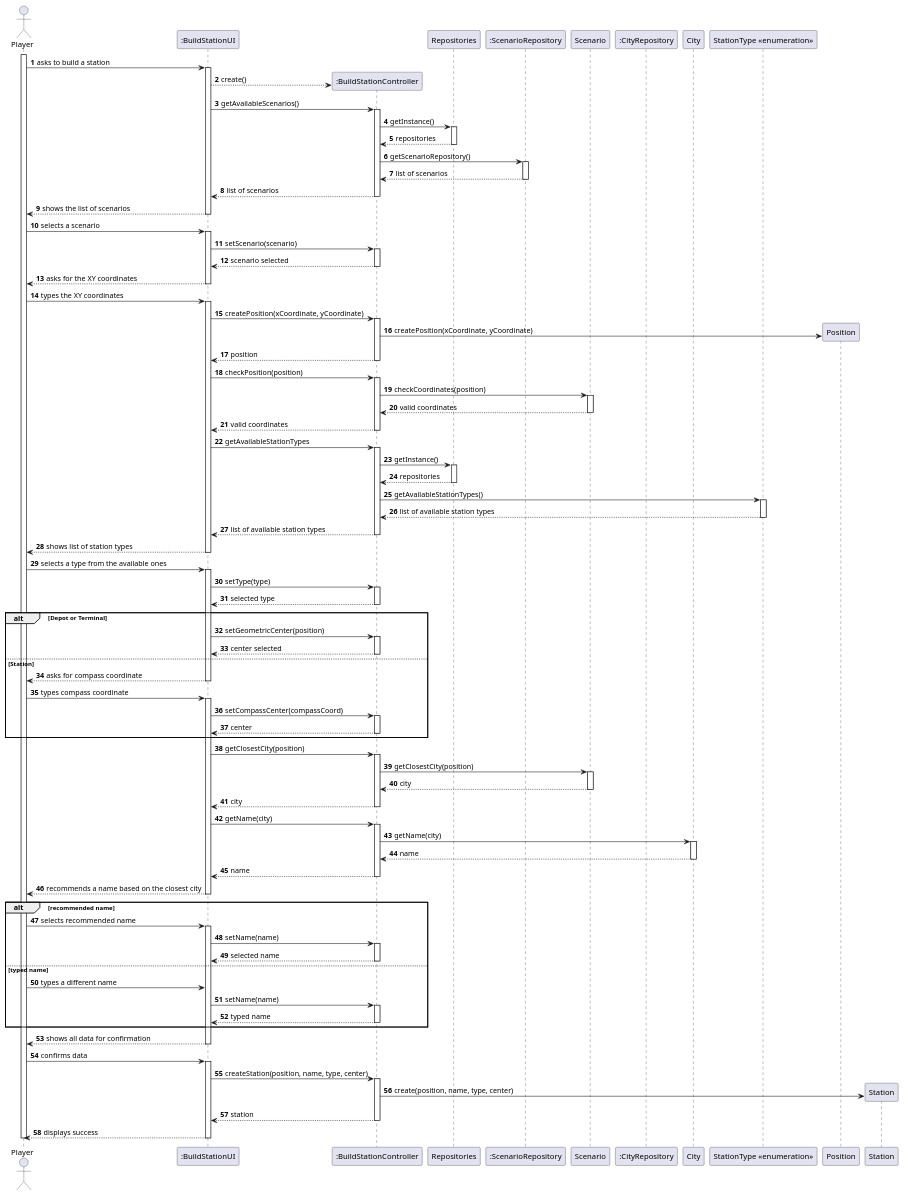
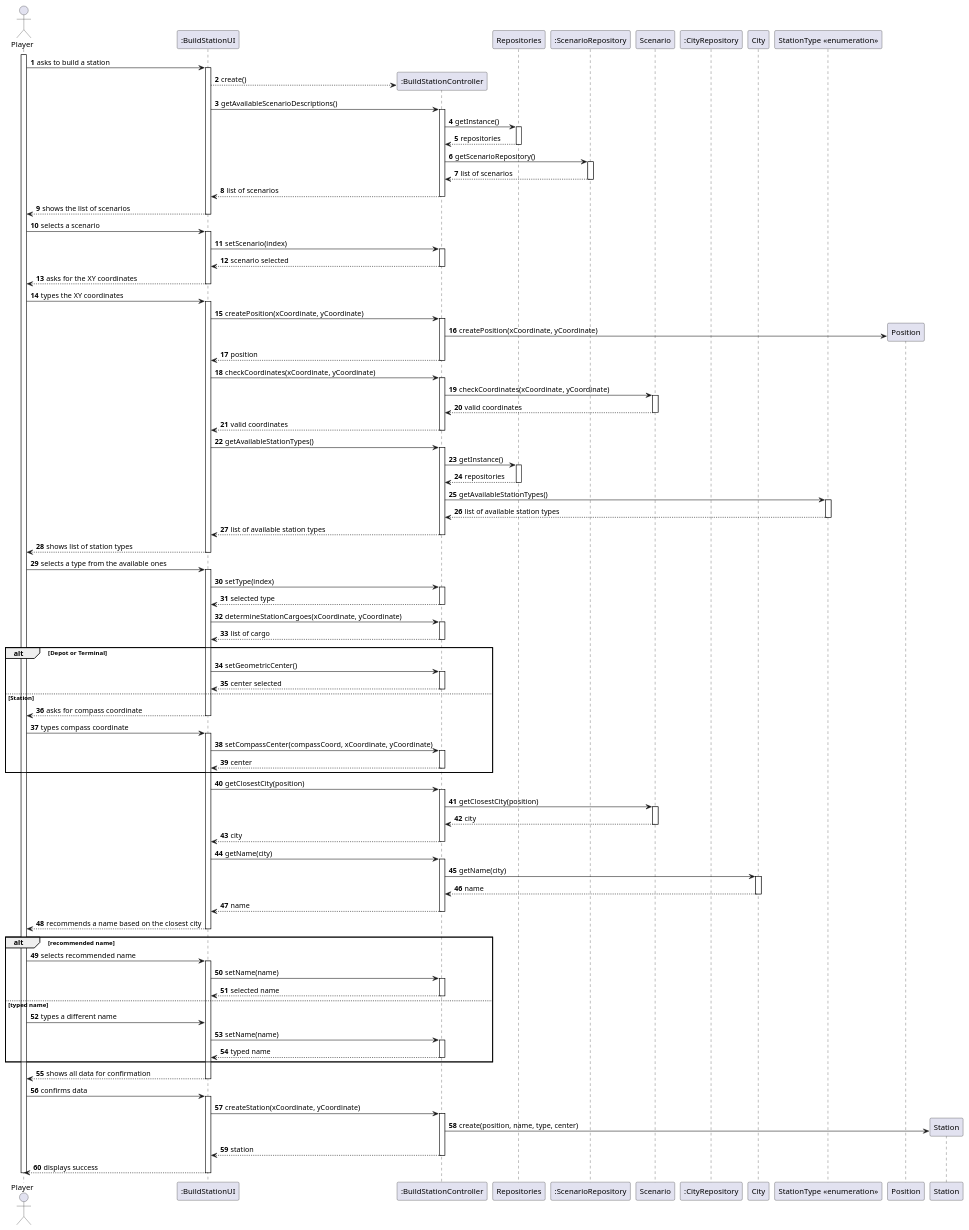
The diagram in Sprint2/US005/03.design/puml/US005-SD-full.puml (1240935/pi2-railway-simulator), drawn with PlantUML before and after one commit. The commit also changed 2 other files, not shown here.

```diff
--- a/Sprint2/US005/03.design/puml/US005-SD-full.puml
+++ b/Sprint2/US005/03.design/puml/US005-SD-full.puml
@@ -25,7 +25,7 @@
 
        UI --> CTRL** : create()
 
-        UI -> CTRL : getAvailableScenarios()
+        UI -> CTRL : getAvailableScenarioDescriptions()
         activate CTRL
 
                 CTRL -> REPOS : getInstance()
@@ -50,7 +50,7 @@
     PLAYER -> UI : selects a scenario
     activate UI
 
-        UI -> CTRL :setScenario(scenario)
+        UI -> CTRL :setScenario(index)
 
         activate CTRL
 
@@ -72,11 +72,11 @@
         CTRL --> UI : position
         deactivate CTRL
 
-        UI -> CTRL : checkPosition(position)
+        UI -> CTRL : checkCoordinates(xCoordinate, yCoordinate)
 
         activate CTRL
 
-            CTRL -> SCENARIO : checkCoordinates(position)
+            CTRL -> SCENARIO : checkCoordinates(xCoordinate, yCoordinate)
 
             activate SCENARIO
 
@@ -86,7 +86,7 @@
 
             CTRL --> UI: valid coordinates
             deactivate CTRL
-            UI -> CTRL: getAvailableStationTypes
+            UI -> CTRL: getAvailableStationTypes()
             activate CTRL
 
             CTRL -> REPOS : getInstance()
@@ -112,7 +112,7 @@
     PLAYER -> UI : selects a type from the available ones
 
     activate UI
-        UI -> CTRL : setType(type)
+        UI -> CTRL : setType(index)
 
         activate CTRL
 
@@ -120,8 +120,14 @@
 
         deactivate CTRL
 
+        UI -> CTRL: determineStationCargoes(xCoordinate, yCoordinate)
+        activate CTRL
+
+        CTRL --> UI: list of cargo
+        deactivate CTRL
+
     alt Depot or Terminal
-        UI -> CTRL : setGeometricCenter(position)
+        UI -> CTRL : setGeometricCenter()
         activate CTRL
         CTRL --> UI : center selected
         deactivate CTRL
@@ -131,7 +137,7 @@
 
         PLAYER -> UI : types compass coordinate
         activate UI
-        UI -> CTRL : setCompassCenter(compassCoord)
+        UI -> CTRL : setCompassCenter(compassCoord, xCoordinate, yCoordinate)
 
         activate CTRL
 
@@ -191,7 +197,7 @@
     PLAYER -> UI : confirms data
     activate UI
 
-        UI -> CTRL : createStation(position, name, type, center)
+        UI -> CTRL : createStation(xCoordinate, yCoordinate)
         activate CTRL
             CTRL -> STATION **: create(position, name, type, center)
 
```
